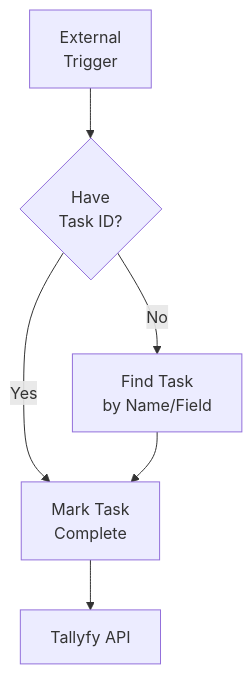
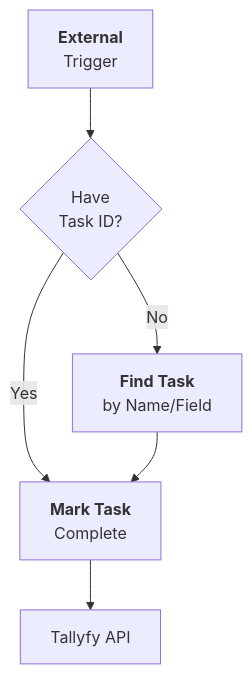
The diagram in src/content/docs/pro/integrations/middleware/zapier/how-to-automate-tasks-in-tallyfy-using-zaps.mdx (tallyfy/documentation), drawn with Mermaid before and after one commit. The commit also changed 22 other files, not shown here.

Commit message:
Adding changes to Mermaid

````diff
--- a/src/content/docs/pro/integrations/middleware/zapier/how-to-automate-tasks-in-tallyfy-using-zaps.mdx
+++ b/src/content/docs/pro/integrations/middleware/zapier/how-to-automate-tasks-in-tallyfy-using-zaps.mdx
@@ -24,13 +24,16 @@
 ```mermaid
 flowchart TD
-    Trigger[External<br/>Trigger] --> Check{Have<br/>Task ID?}
+    Trigger["`**External**
+Trigger`"] --> Check{Have<br/>Task ID?}
     
-    Check -->|No| Find[Find Task<br/>by Name/Field]
-    Check -->|Yes| Complete[Mark Task<br/>Complete]
+    Check -->|"`No`"| Find["`**Find Task**
+by Name/Field`"]
+    Check -->|"`Yes`"| Complete["`**Mark Task**
+Complete`"]
     
     Find --> Complete
     Complete --> API[Tallyfy API]
     
     click Find "/products/pro/tracking-and-tasks/tasks/" "Learn about tasks"
     click API "/products/pro/integrations/open-api/" "Tallyfy API documentation"
 ```
````
